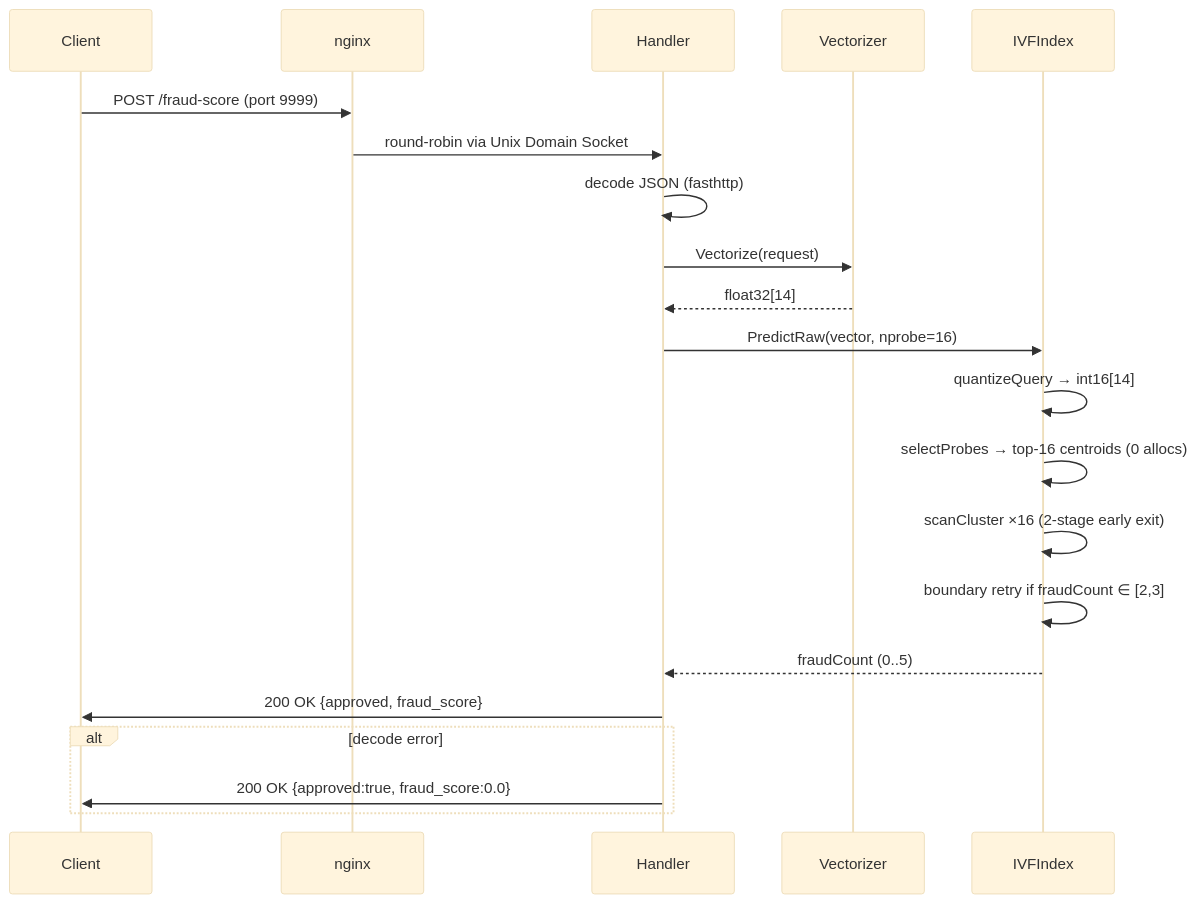
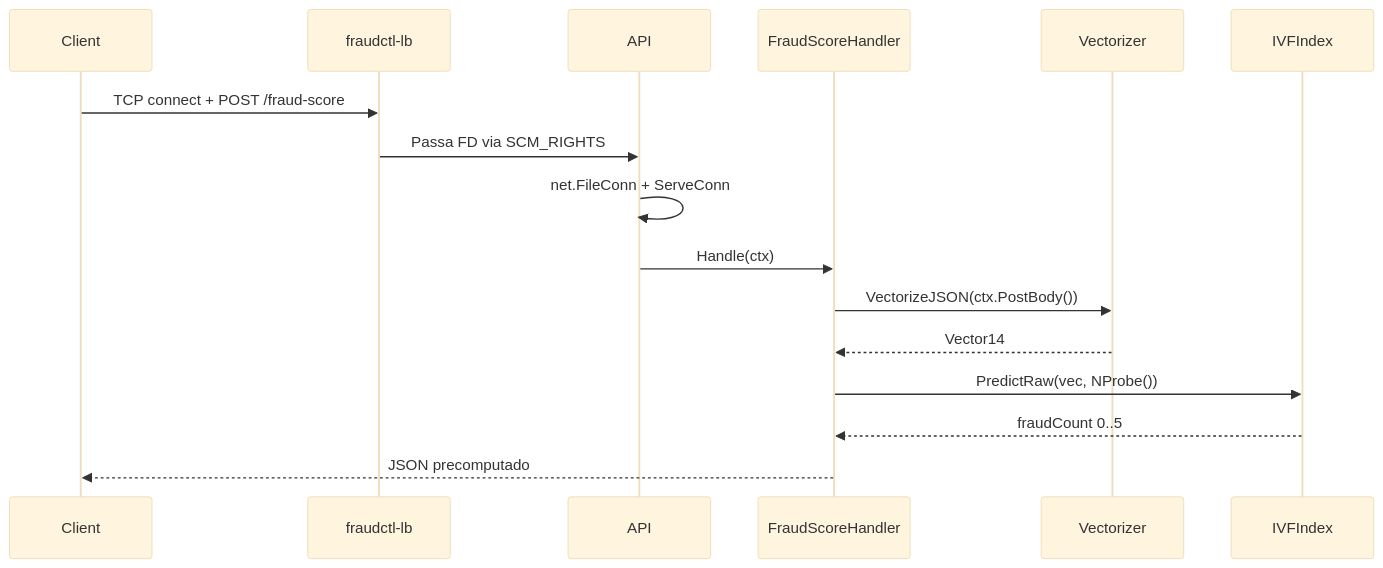
The second of 3 diagrams in docs/ARCHITECTURE.md (fabianoflorentino/fraudctl), drawn with Mermaid (base theme) before and after one commit. The commit also changed other lines of this file and 5 other files, not shown here.

````diff
--- a/docs/ARCHITECTURE.md
+++ b/docs/ARCHITECTURE.md
@@ -5,25 +29,19 @@
 ```mermaid
 sequenceDiagram
     participant C as Client
-    participant N as nginx
-    participant H as Handler
+    participant LB as fraudctl-lb
+    participant A as API
+    participant H as FraudScoreHandler
     participant V as Vectorizer
     participant K as IVFIndex
 
-    C->>N: POST /fraud-score (port 9999)
-    N->>H: round-robin via Unix Domain Socket
-    H->>H: decode JSON (fasthttp)
-    H->>V: Vectorize(request)
-    V-->>H: float32[14]
-    H->>K: PredictRaw(vector, nprobe=16)
-    K->>K: quantizeQuery → int16[14]
-    K->>K: selectProbes → top-16 centroids (0 allocs)
-    K->>K: scanCluster ×16 (2-stage early exit)
-    K->>K: boundary retry if fraudCount ∈ [2,3]
-    K-->>H: fraudCount (0..5)
-    H->>C: 200 OK {approved, fraud_score}
-
-    alt decode error
-        H->>C: 200 OK {approved:true, fraud_score:0.0}
-    end
+    C->>LB: TCP connect + POST /fraud-score
+    LB->>A: Passa FD via SCM_RIGHTS
+    A->>A: net.FileConn + ServeConn
+    A->>H: Handle(ctx)
+    H->>V: VectorizeJSON(ctx.PostBody())
+    V-->>H: Vector14
+    H->>K: PredictRaw(vec, NProbe())
+    K-->>H: fraudCount 0..5
+    H-->>C: JSON precomputado
 ```
````
